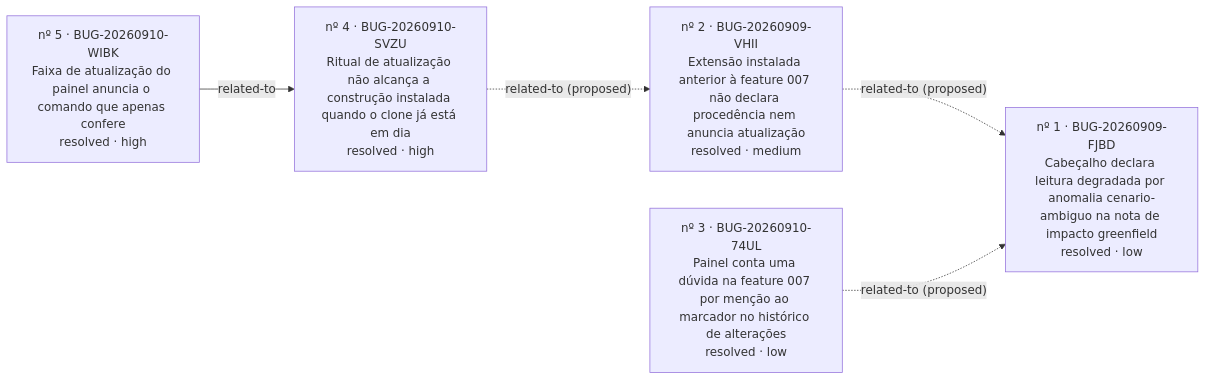
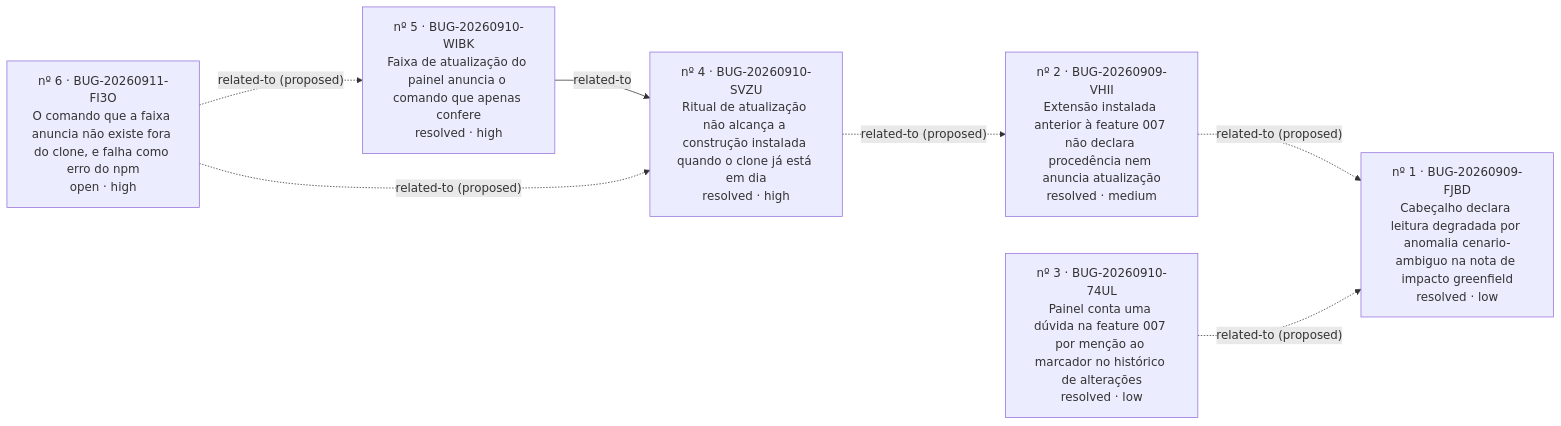
One commit to iago-leal/reversa-views changed the diagram in _reversa_bugs/painel-do-processo/generated/graph.md. Above: the diagram before and after it, drawn with Mermaid. The commit also changed other lines of this file and 40 other files, not shown here.

````diff
--- a/_reversa_bugs/painel-do-processo/generated/graph.md
+++ b/_reversa_bugs/painel-do-processo/generated/graph.md
@@ -4,12 +4,15 @@
 ```mermaid
 graph LR
   BUG_20260909_FJBD["nº 1 · BUG-20260909-FJBD<br/>Cabeçalho declara leitura degradada por anomalia cenario-ambiguo na nota de impacto greenfield<br/>resolved · low"]
   BUG_20260909_VHII["nº 2 · BUG-20260909-VHII<br/>Extensão instalada anterior à feature 007 não declara procedência nem anuncia atualização<br/>resolved · medium"]
   BUG_20260910_74UL["nº 3 · BUG-20260910-74UL<br/>Painel conta uma dúvida na feature 007 por menção ao marcador no histórico de alterações<br/>resolved · low"]
   BUG_20260910_SVZU["nº 4 · BUG-20260910-SVZU<br/>Ritual de atualização não alcança a construção instalada quando o clone já está em dia<br/>resolved · high"]
   BUG_20260910_WIBK["nº 5 · BUG-20260910-WIBK<br/>Faixa de atualização do painel anuncia o comando que apenas confere<br/>resolved · high"]
+  BUG_20260911_FI3O["nº 6 · BUG-20260911-FI3O<br/>O comando que a faixa anuncia não existe fora do clone, e falha como erro do npm<br/>open · high"]
   BUG_20260909_VHII -. related-to (proposed) .-> BUG_20260909_FJBD
   BUG_20260910_74UL -. related-to (proposed) .-> BUG_20260909_FJBD
   BUG_20260910_SVZU -. related-to (proposed) .-> BUG_20260909_VHII
   BUG_20260910_WIBK -- related-to --> BUG_20260910_SVZU
+  BUG_20260911_FI3O -. related-to (proposed) .-> BUG_20260910_WIBK
+  BUG_20260911_FI3O -. related-to (proposed) .-> BUG_20260910_SVZU
 ```
````
